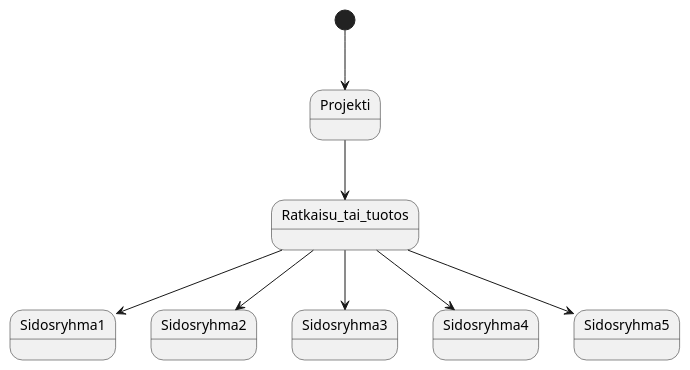
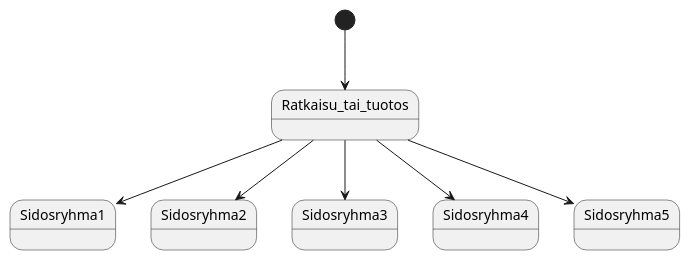
Before and after one commit to ninaleo/ransut-core: the first of 2 diagrams in dokumentit/10-Projektinhallinta/projektisuunnitelma.md, drawn with PlantUML.

````diff
--- a/dokumentit/10-Projektinhallinta/projektisuunnitelma.md
+++ b/dokumentit/10-Projektinhallinta/projektisuunnitelma.md
@@ -60,9 +60,8 @@
 ```plantuml
-[*] --> Projekti
-Projekti --> Ratkaisu_tai_tuotos
+[*] --> Ratkaisu_tai_tuotos
 Ratkaisu_tai_tuotos --> Sidosryhma1
 Ratkaisu_tai_tuotos --> Sidosryhma2
 Ratkaisu_tai_tuotos --> Sidosryhma3
 Ratkaisu_tai_tuotos --> Sidosryhma4
 Ratkaisu_tai_tuotos --> Sidosryhma5
 ```
````
